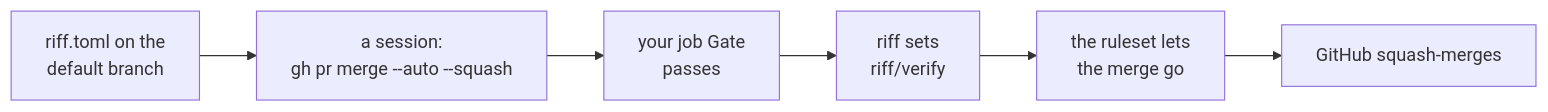
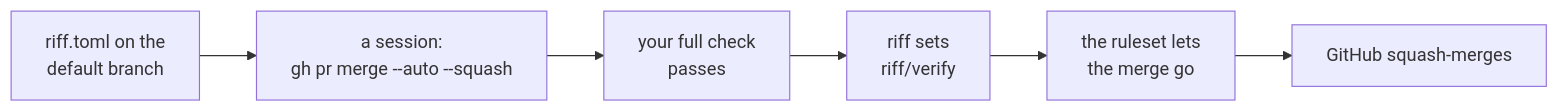
One commit to como-technologies/riff changed the third of 3 diagrams in docs/src/start-a-riff.md. Above: the diagram before and after it, drawn with Mermaid. The commit also changed other lines of this file and 16 other files, not shown here.

````diff
--- a/docs/src/start-a-riff.md
+++ b/docs/src/start-a-riff.md
@@ -393,8 +393,8 @@
 ```mermaid
 flowchart LR
     T["riff.toml on the<br/>default branch"] --> S["a session:<br/>gh pr merge --auto --squash"]
-    S --> G["your job Gate<br/>passes"]
+    S --> G["your full check<br/>passes"]
     G --> V["riff sets<br/>riff/verify"]
     V --> R["the ruleset lets<br/>the merge go"]
     R --> M["GitHub squash-merges"]
 ```
````
